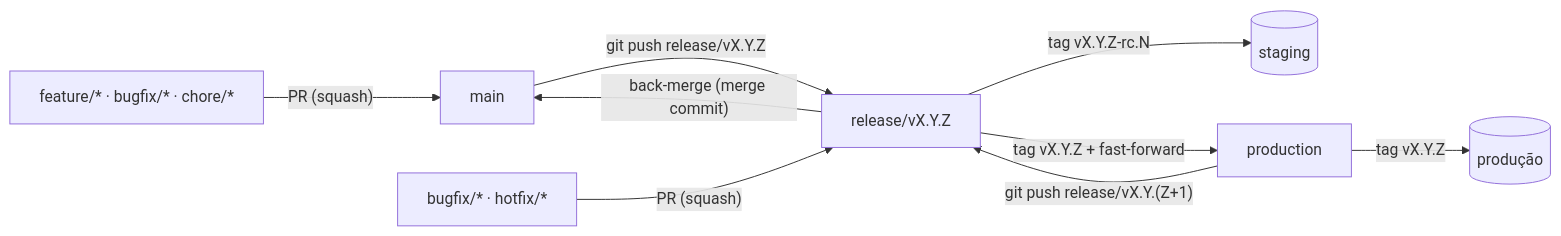
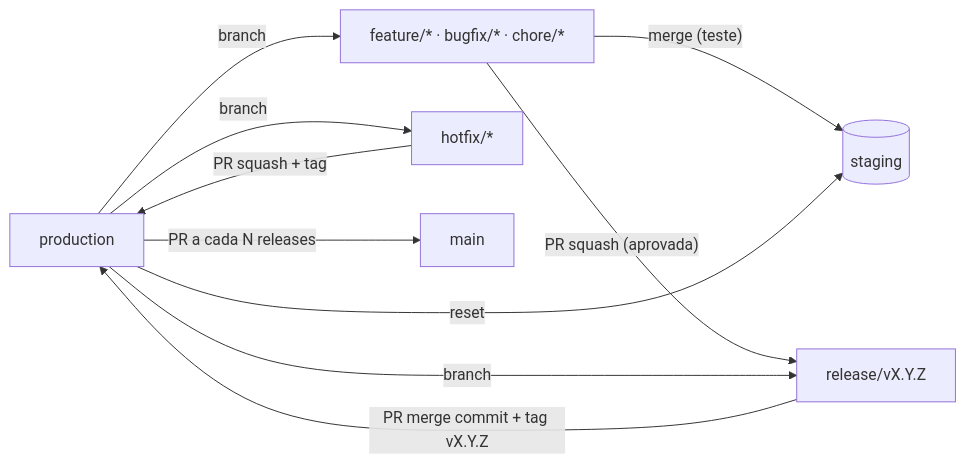
One commit to uesleinasch/ConventionsCode changed the diagram in GitFlow/README.md. Above: the diagram before and after it, drawn with Mermaid. The commit also changed other lines of this file and 22 other files, not shown here.

First line of the commit message:
feat(gitflow)!: adota release seletiva a partir de production com staging opcional (#4)

````diff
--- a/GitFlow/README.md
+++ b/GitFlow/README.md
@@ -24,11 +30,12 @@
 ```mermaid
 flowchart LR
-    F["feature/* · bugfix/* · chore/*"] -- "PR (squash)" --> M[main]
-    M -- "git push release/vX.Y.Z" --> R["release/vX.Y.Z"]
-    B["bugfix/* · hotfix/*"] -- "PR (squash)" --> R
-    R -- "tag vX.Y.Z-rc.N" --> S[(staging)]
-    R -- "tag vX.Y.Z + fast-forward" --> P[production]
-    P -- "tag vX.Y.Z" --> PR[(produção)]
-    R -- "back-merge (merge commit)" --> M
-    P -- "git push release/vX.Y.(Z+1)" --> R
+    P[production] -- "branch" --> F["feature/* · bugfix/* · chore/*"]
+    F -- "merge (teste)" --> S[(staging)]
+    F -- "PR squash (aprovada)" --> R["release/vX.Y.Z"]
+    P -- "branch" --> R
+    R -- "PR merge commit + tag vX.Y.Z" --> P
+    P -- "branch" --> H["hotfix/*"]
+    H -- "PR squash + tag" --> P
+    P -- "reset" --> S
+    P -- "PR a cada N releases" --> M[main]
 ```
````
